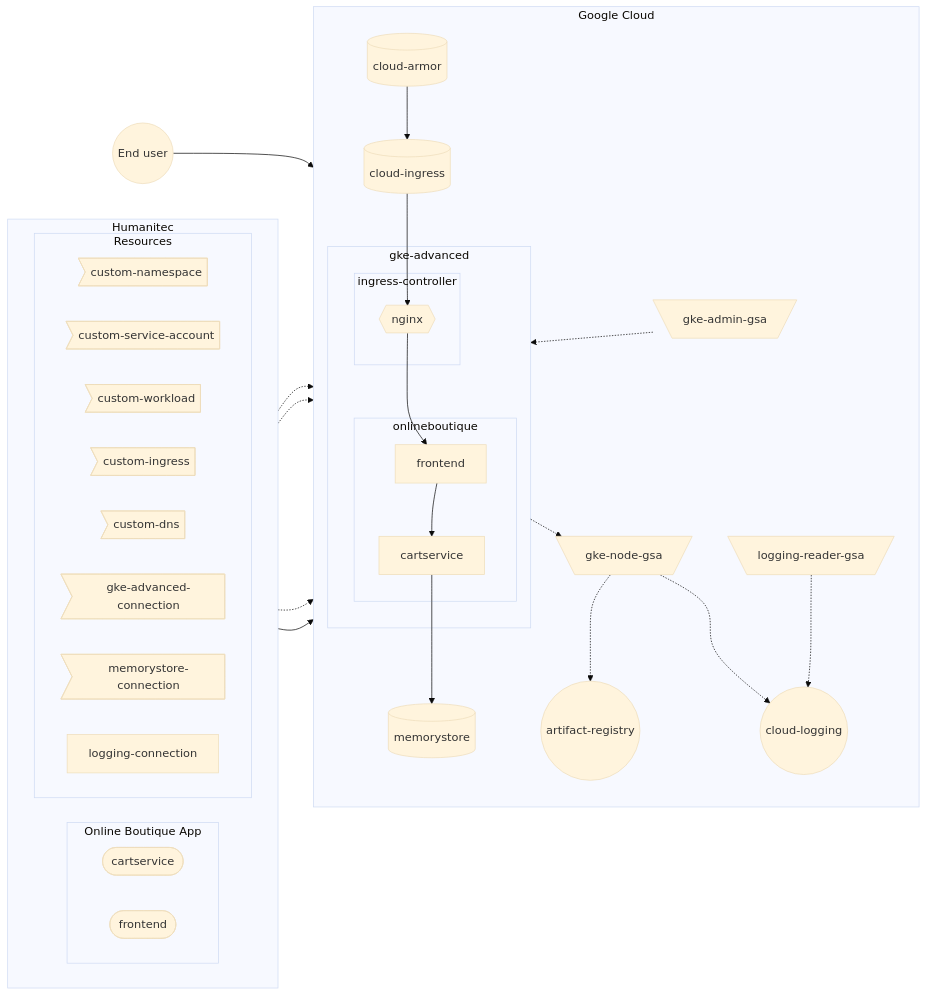
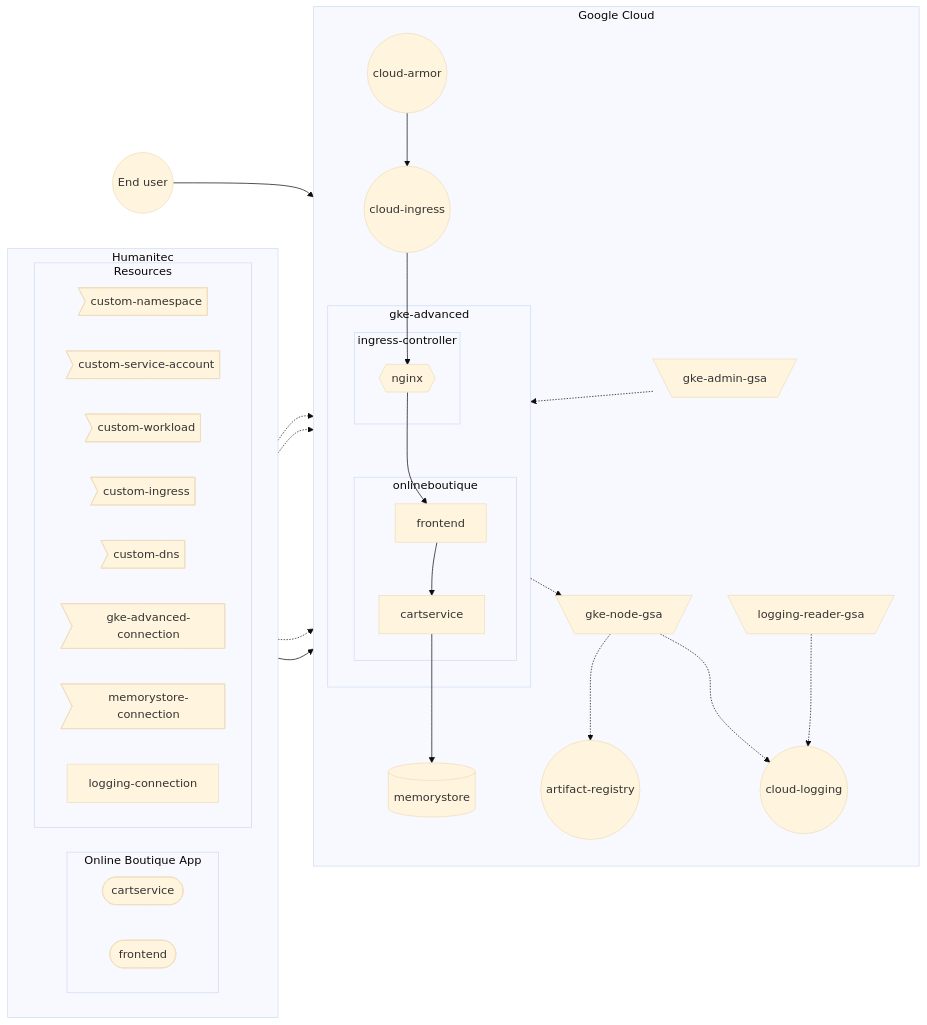
One commit to mathieu-benoit/hello-humanitec changed the diagram in docs/gke-advanced.md. Above: the diagram before and after it, drawn with Mermaid (base theme).

Commit message:
fix gke-advanced graph

````diff
--- a/docs/gke-advanced.md
+++ b/docs/gke-advanced.md
@@ -15,49 +15,49 @@
 ```mermaid
 flowchart LR
   subgraph Humanitec
     direction LR
     subgraph onlineboutique-app [Online Boutique App]
       direction LR
       cartservice-workload([cartservice])
       frontend-workload([frontend])
     end
     subgraph Resources
         custom-namespace>custom-namespace]
         custom-service-account>custom-service-account]
         custom-workload>custom-workload]
         custom-ingress>custom-ingress]
         custom-dns>custom-dns]
         gke-advanced-connection>gke-advanced-connection]
         memorystore-connection>memorystore-connection]
         logging-connection
     end
   end
   subgraph Google Cloud
     direction TB
     subgraph gke-advanced
         subgraph ingress-controller
             nginx{{nginx}}
         end
         subgraph onlineboutique
             frontend-->cartservice
         end
         nginx-->frontend
     end
     gke-admin-gsa[\gke-admin-gsa/]
     memorystore-connection-.->memorystore[(memorystore)]
     onlineboutique-app-->onlineboutique
     cartservice-->memorystore
     logging-reader-gsa[\logging-reader-gsa/]
     cloud-logging((cloud-logging))
     gke-advanced-.->gke-node-gsa[\gke-node-gsa/]
     gke-node-gsa-.->artifact-registry((artifact-registry))
     gke-node-gsa-.->cloud-logging
-    cloud-armor[(cloud-armor)]-->cloud-ingress[(cloud-ingress)]
+    cloud-armor((cloud-armor))-->cloud-ingress((cloud-ingress))
   end
   enduser((End user))-->cloud-armor
   cloud-ingress-->nginx
   logging-connection-.->logging-reader-gsa
   logging-reader-gsa-.->cloud-logging
   gke-advanced-connection-.->gke-admin-gsa
   gke-admin-gsa-.->gke-advanced
 ```
````
